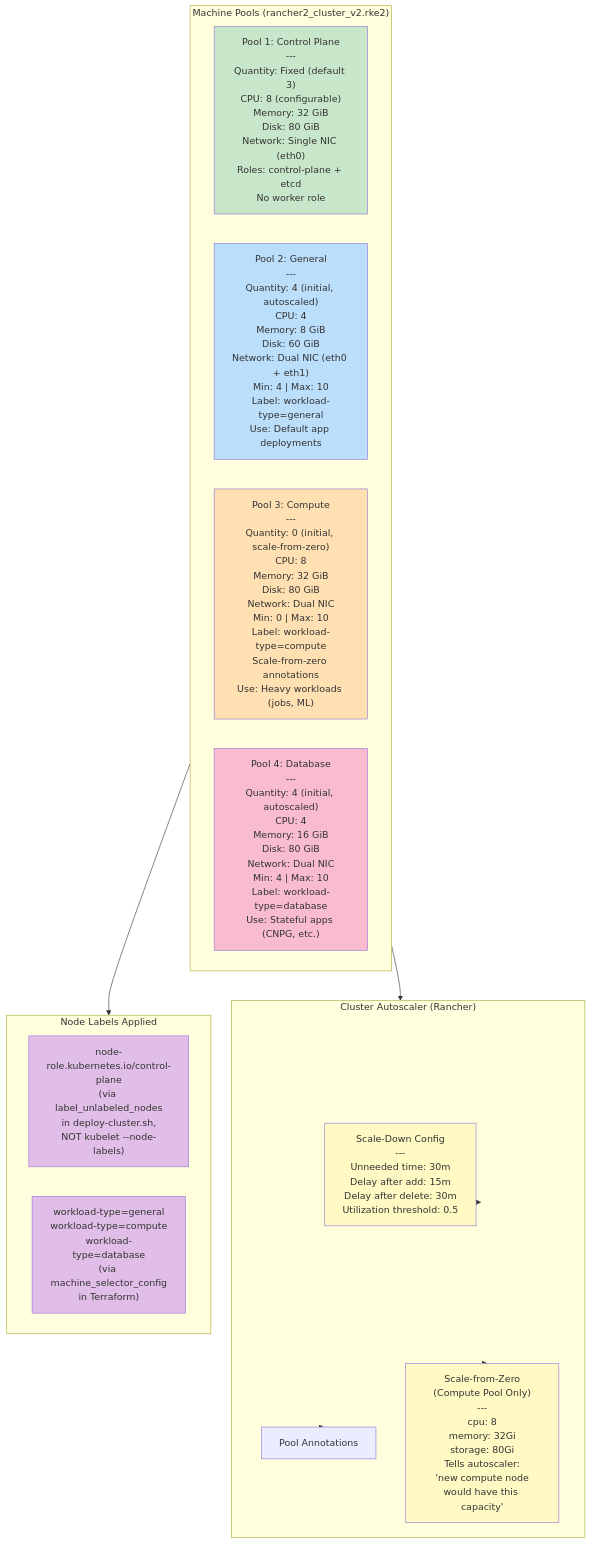
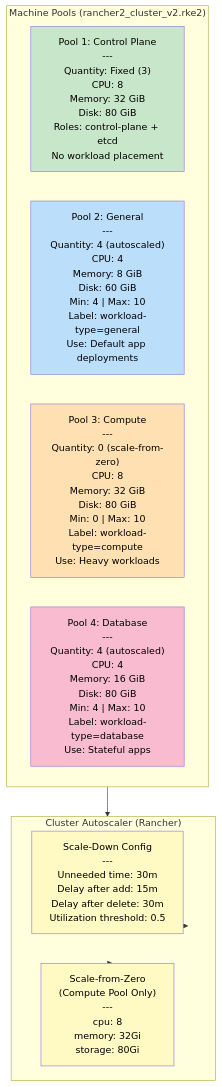
Before and after one commit to derhornspieler/harvester-rke2-cluster: the fourth of 8 diagrams in docs/architecture.md, drawn with Mermaid. The commit also changed other lines of this file and 3 other files, not shown here.

````diff
--- a/docs/architecture.md
+++ b/docs/architecture.md
@@ -283,41 +250,29 @@
 ```mermaid
 graph TB
     subgraph Pools["Machine Pools (rancher2_cluster_v2.rke2)"]
-        CP["Pool 1: Control Plane<br/>---<br/>Quantity: Fixed (default 3)<br/>CPU: 8 (configurable)<br/>Memory: 32 GiB<br/>Disk: 80 GiB<br/>Network: Single NIC (eth0)<br/>Roles: control-plane + etcd<br/>No worker role"]
+        CP["Pool 1: Control Plane<br/>---<br/>Quantity: Fixed (3)<br/>CPU: 8<br/>Memory: 32 GiB<br/>Disk: 80 GiB<br/>Roles: control-plane + etcd<br/>No workload placement"]
 
-        General["Pool 2: General<br/>---<br/>Quantity: 4 (initial, autoscaled)<br/>CPU: 4<br/>Memory: 8 GiB<br/>Disk: 60 GiB<br/>Network: Dual NIC (eth0 + eth1)<br/>Min: 4 | Max: 10<br/>Label: workload-type=general<br/>Use: Default app deployments"]
+        General["Pool 2: General<br/>---<br/>Quantity: 4 (autoscaled)<br/>CPU: 4<br/>Memory: 8 GiB<br/>Disk: 60 GiB<br/>Min: 4 | Max: 10<br/>Label: workload-type=general<br/>Use: Default app deployments"]
 
-        Compute["Pool 3: Compute<br/>---<br/>Quantity: 0 (initial, scale-from-zero)<br/>CPU: 8<br/>Memory: 32 GiB<br/>Disk: 80 GiB<br/>Network: Dual NIC<br/>Min: 0 | Max: 10<br/>Label: workload-type=compute<br/>Scale-from-zero annotations<br/>Use: Heavy workloads (jobs, ML)"]
+        Compute["Pool 3: Compute<br/>---<br/>Quantity: 0 (scale-from-zero)<br/>CPU: 8<br/>Memory: 32 GiB<br/>Disk: 80 GiB<br/>Min: 0 | Max: 10<br/>Label: workload-type=compute<br/>Use: Heavy workloads"]
 
-        Database["Pool 4: Database<br/>---<br/>Quantity: 4 (initial, autoscaled)<br/>CPU: 4<br/>Memory: 16 GiB<br/>Disk: 80 GiB<br/>Network: Dual NIC<br/>Min: 4 | Max: 10<br/>Label: workload-type=database<br/>Use: Stateful apps (CNPG, etc.)"]
+        Database["Pool 4: Database<br/>---<br/>Quantity: 4 (autoscaled)<br/>CPU: 4<br/>Memory: 16 GiB<br/>Disk: 80 GiB<br/>Min: 4 | Max: 10<br/>Label: workload-type=database<br/>Use: Stateful apps"]
     end
 
     subgraph Autoscaler["Cluster Autoscaler (Rancher)"]
         ScaleDown["Scale-Down Config<br/>---<br/>Unneeded time: 30m<br/>Delay after add: 15m<br/>Delay after delete: 30m<br/>Utilization threshold: 0.5"]
 
-        Annotations["Pool Annotations"]
-
-        ScaleZero["Scale-from-Zero<br/>(Compute Pool Only)<br/>---<br/>cpu: 8<br/>memory: 32Gi<br/>storage: 80Gi<br/>Tells autoscaler:<br/>'new compute node<br/>would have this capacity'"]
-    end
-
-    subgraph Labels["Node Labels Applied"]
-        CPLabels["node-role.kubernetes.io/control-plane<br/>(via label_unlabeled_nodes<br/>in deploy-cluster.sh,<br/>NOT kubelet --node-labels)"]
-
-        PoolLabels["workload-type=general<br/>workload-type=compute<br/>workload-type=database<br/>(via machine_selector_config<br/>in Terraform)"]
+        ScaleZero["Scale-from-Zero<br/>(Compute Pool Only)<br/>---<br/>cpu: 8<br/>memory: 32Gi<br/>storage: 80Gi"]
     end
 
     Pools --> Autoscaler
-    Pools --> Labels
     Autoscaler --> ScaleDown
-    Autoscaler --> Annotations
     Autoscaler --> ScaleZero
 
-    style CP fill:#c8e6c9
-    style General fill:#bbdefb
-    style Compute fill:#ffe0b2
-    style Database fill:#f8bbd0
-    style ScaleDown fill:#fff9c4
-    style ScaleZero fill:#fff9c4
-    style CPLabels fill:#e1bee7
-    style PoolLabels fill:#e1bee7
+    style CP fill:#c8e6c9,color:#000
+    style General fill:#bbdefb,color:#000
+    style Compute fill:#ffe0b2,color:#000
+    style Database fill:#f8bbd0,color:#000
+    style ScaleDown fill:#fff9c4,color:#000
+    style ScaleZero fill:#fff9c4,color:#000
 ```
````
